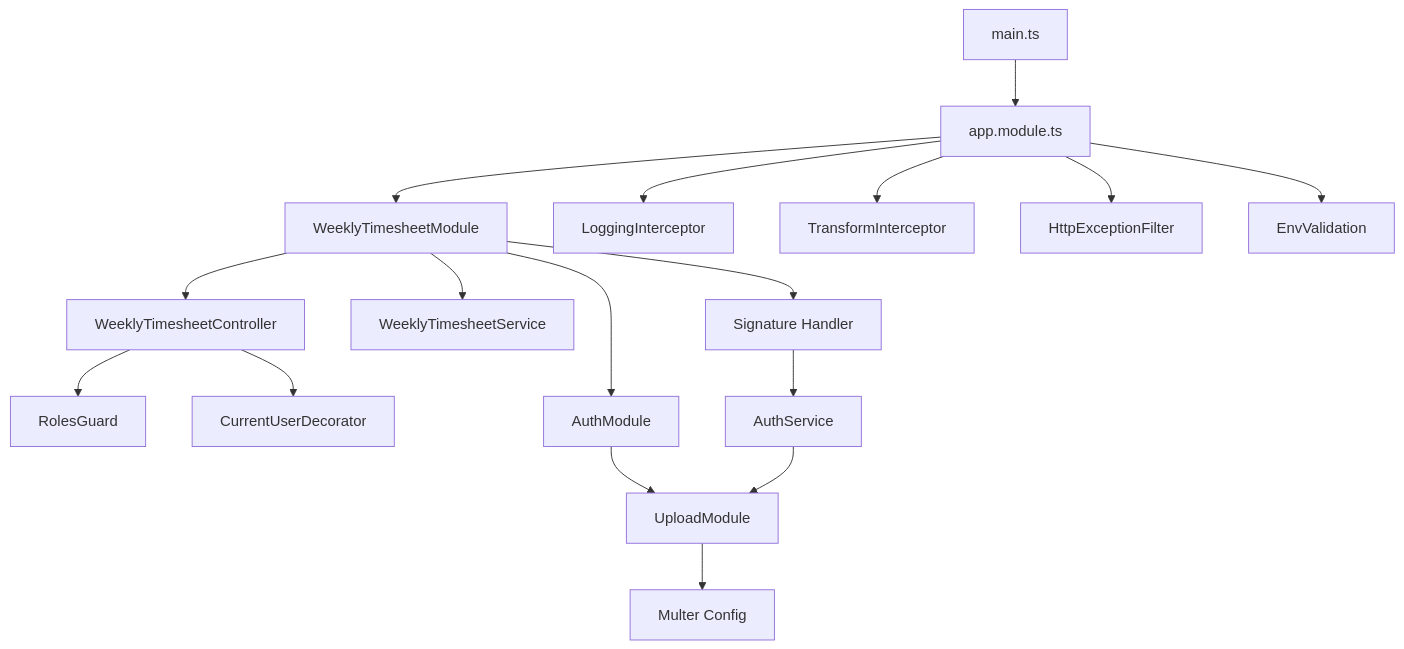
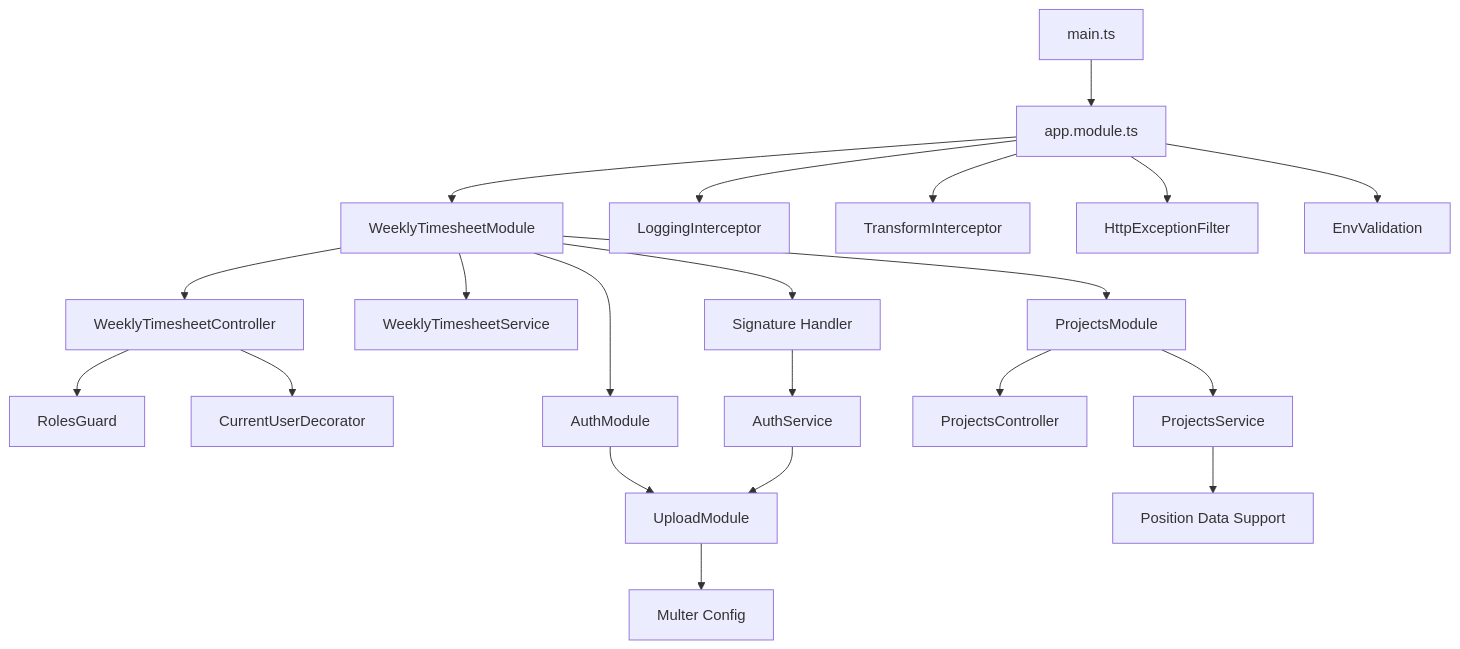
Before and after one commit to RobertRuas/windlog: the tenth of 10 diagrams in .qoder/repowiki/en/content/Arquitetura Backend/Módulos do Sistema/Timesheet Semanal - Módulo Backend.md, drawn with Mermaid. The commit also changed other lines of this file and 12 other files, not shown here.

````diff
--- a/.qoder/repowiki/en/content/Arquitetura Backend/Módulos do Sistema/Timesheet Semanal - Módulo Backend.md
+++ b/.qoder/repowiki/en/content/Arquitetura Backend/Módulos do Sistema/Timesheet Semanal - Módulo Backend.md
@@ -567,19 +582,23 @@
 ```mermaid
 graph TB
 Main["main.ts"] --> AppModule["app.module.ts"]
 AppModule --> WeeklyModule["WeeklyTimesheetModule"]
 WeeklyModule --> Controller["WeeklyTimesheetController"]
 WeeklyModule --> Service["WeeklyTimesheetService"]
 Controller --> Guard["RolesGuard"]
 Controller --> Decorator["CurrentUserDecorator"]
 AppModule --> Logging["LoggingInterceptor"]
 AppModule --> Transform["TransformInterceptor"]
 AppModule --> Filter["HttpExceptionFilter"]
 AppModule --> Env["EnvValidation"]
 WeeklyModule --> AuthModule["AuthModule"]
 AuthModule --> UploadModule["UploadModule"]
 UploadModule --> Multer["Multer Config"]
 WeeklyModule --> SignatureModule["Signature Handler"]
 SignatureModule --> AuthService
 AuthService --> UploadModule
+WeeklyModule --> ProjectsModule["ProjectsModule"]
+ProjectsModule --> ProjectsController["ProjectsController"]
+ProjectsModule --> ProjectsService["ProjectsService"]
+ProjectsService --> PositionData["Position Data Support"]
 ```
````
